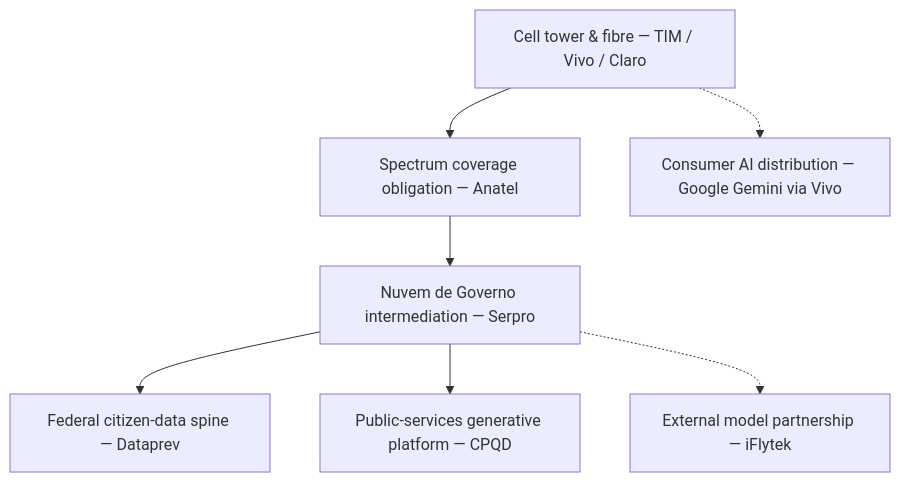
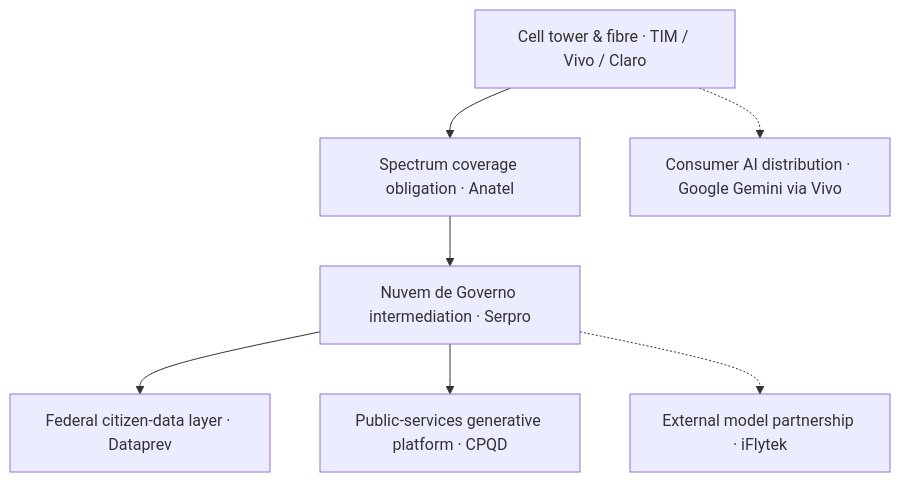
Before and after one commit to TarrySingh/tarrysingh-com: the diagram in content/blog/brazil-sovereign-ai-cell-tower.mdx, drawn with Mermaid. The commit also changed other lines of this file and 115 other files, not shown here.

````diff
--- a/content/blog/brazil-sovereign-ai-cell-tower.mdx
+++ b/content/blog/brazil-sovereign-ai-cell-tower.mdx
@@ -50,17 +50,17 @@
 ```mermaid
-%% caption: One architecture, assembled by different institutions on overlapping timelines — solid lines are state-controlled paths, dotted lines are foreign-partner paths riding the same physical layer.
+%% caption: One architecture, assembled by different institutions on overlapping timelines: solid lines are state-controlled paths, dotted lines are foreign-partner paths riding the same physical layer.
 flowchart TD
-  A[Cell tower & fibre — TIM / Vivo / Claro]
-  B[Spectrum coverage obligation — Anatel]
-  C[Nuvem de Governo intermediation — Serpro]
-  D[Federal citizen-data spine — Dataprev]
-  E[Public-services generative platform — CPQD]
-  F[External model partnership — iFlytek]
-  G[Consumer AI distribution — Google Gemini via Vivo]
+  A[Cell tower & fibre · TIM / Vivo / Claro]
+  B[Spectrum coverage obligation · Anatel]
+  C[Nuvem de Governo intermediation · Serpro]
+  D[Federal citizen-data layer · Dataprev]
+  E[Public-services generative platform · CPQD]
+  F[External model partnership · iFlytek]
+  G[Consumer AI distribution · Google Gemini via Vivo]
   A --> B
   B --> C
   C --> D
   C --> E
   C -.-> F
   A -.-> G
 ```
````
